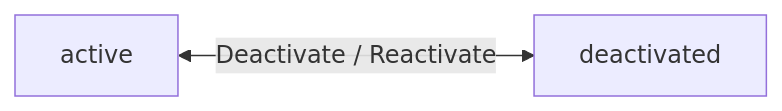
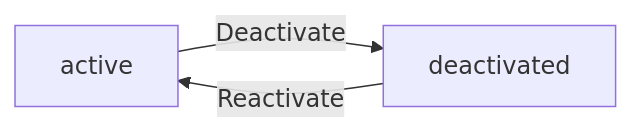
The first of 2 diagrams in qwen/qwen3.5-397b-a17b/erp/docs/analysis/02-domain-model.md (wrtnlabs/autobe-examples), drawn with Mermaid before and after one commit. The commit also changed other lines of this file and 32093 other files, not shown here.

````diff
--- a/qwen/qwen3.5-397b-a17b/erp/docs/analysis/02-domain-model.md
+++ b/qwen/qwen3.5-397b-a17b/erp/docs/analysis/02-domain-model.md
@@ -903,4 +31,5 @@
 ```mermaid
 flowchart LR
-    A["active"] <-->|"Deactivate / Reactivate"| B["deactivated"]
+    A["active"] -->|"Deactivate"| B["deactivated"]
+    B -->|"Reactivate"| A
 ```
````
